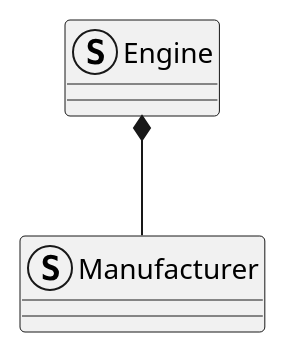
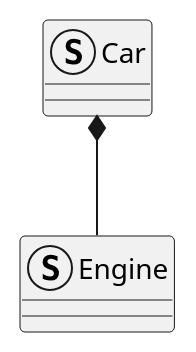
One commit to eclipse-score/tooling changed the diagram in validation/core/integration_test/class_design_implementation/negative_relationship_missing/class_diagram.puml. Above: the diagram before and after it, drawn with PlantUML. The commit also changed 19 other files, not shown here.

First line of the commit message:
fix(plantuml): correct composition and aggregation direction

```diff
--- a/validation/core/integration_test/class_design_implementation/negative_relationship_missing/class_diagram.puml
+++ b/validation/core/integration_test/class_design_implementation/negative_relationship_missing/class_diagram.puml
@@ -14,8 +14,8 @@
 @startuml
 
+struct Car
 struct Engine
-struct Manufacturer
 
-Engine *-- Manufacturer
+Car *-- Engine
 
 @enduml
```
